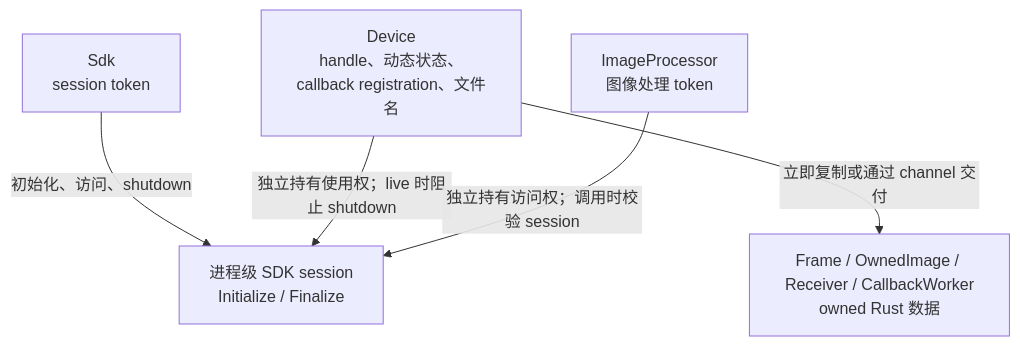
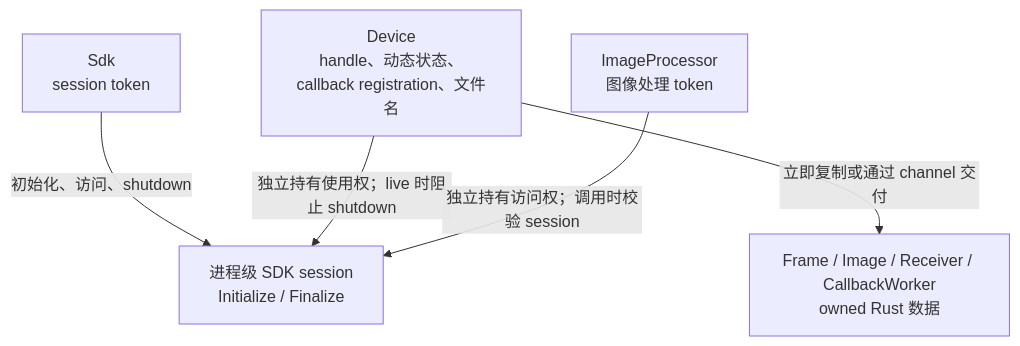
The first of 2 diagrams in 生命周期与时序图.md (JSB-Unscarred/3dmvs-sdk-rs), drawn with Mermaid before and after one commit. The commit also changed other lines of this file and 6 other files, not shown here.

First line of the commit message:
refactor!: 统一 Frame 与 Image 的 owned API

````diff
--- a/生命周期与时序图.md
+++ b/生命周期与时序图.md
@@ -5,13 +5,13 @@
 ```mermaid
 flowchart TD
     Session["进程级 SDK session<br/>Initialize / Finalize"]
     SDK["Sdk<br/>session token"]
     Device["Device<br/>handle、动态状态、callback registration、文件名"]
     Processor["ImageProcessor<br/>图像处理 token"]
-    Output["Frame / OwnedImage / Receiver / CallbackWorker<br/>owned Rust 数据"]
+    Output["Frame / Image / Receiver / CallbackWorker<br/>owned Rust 数据"]
 
     SDK -->|初始化、访问、shutdown| Session
     Device -->|独立持有使用权；live 时阻止 shutdown| Session
     Processor -->|独立持有访问权；调用时校验 session| Session
     Device -->|立即复制或通过 channel 交付| Output
 ```
````
